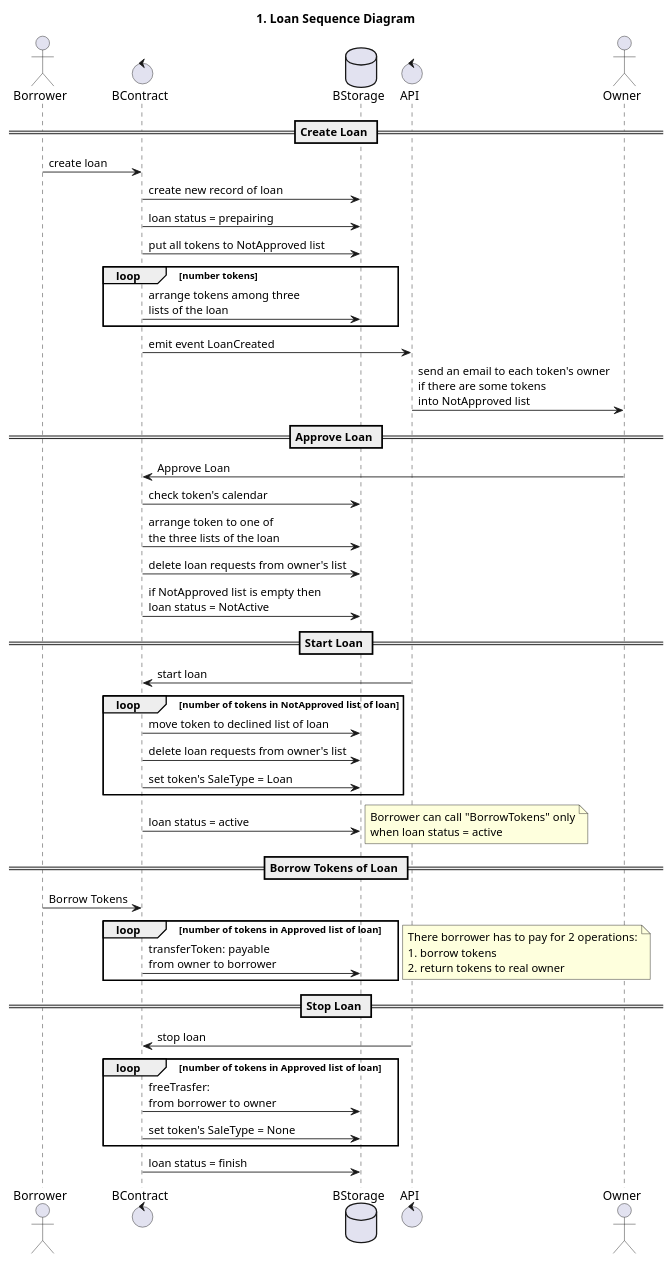
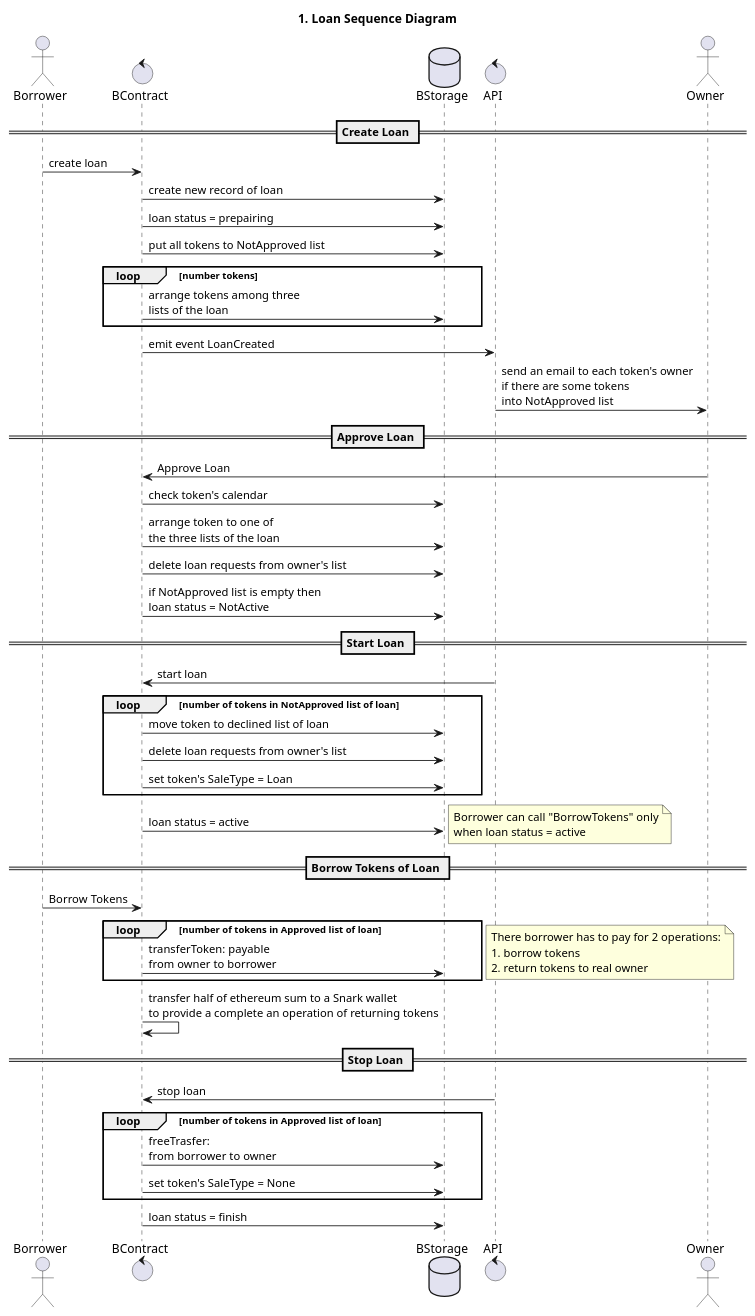
The diagram in diagrams/src/1. Sequence - Loan Creation.wsd (snarkdotart/snarkcontract), drawn with PlantUML before and after one commit.

Commit message:
Update UML diagrams

```diff
--- a/diagrams/src/1. Sequence - Loan Creation.wsd
+++ b/diagrams/src/1. Sequence - Loan Creation.wsd
@@ -1,69 +1,70 @@
 @startuml
 
 title 1. Loan Sequence Diagram
 
 actor Borrower
 control BContract
 database BStorage
 control API
 actor Owner
 
 == Create Loan ==
 
 Borrower -> BContract: create loan
 BContract -> BStorage: create new record of loan
 BContract -> BStorage: loan status = prepairing
 BContract -> BStorage: put all tokens to NotApproved list
 
 loop number tokens
   BContract -> BStorage: arrange tokens among three\nlists of the loan
 end
 
 BContract -> API: emit event LoanCreated
 API -> Owner: send an email to each token's owner\nif there are some tokens\ninto NotApproved list
 
 == Approve Loan ==
 
 Owner -> BContract: Approve Loan
 BContract -> BStorage: check token's calendar
 BContract -> BStorage: arrange token to one of\nthe three lists of the loan
 BContract -> BStorage: delete loan requests from owner's list
 BContract -> BStorage: if NotApproved list is empty then\nloan status = NotActive
 
 == Start Loan ==
 
 API -> BContract: start loan
 loop number of tokens in NotApproved list of loan
   BContract -> BStorage: move token to declined list of loan
   BContract -> BStorage: delete loan requests from owner's list
   BContract -> BStorage: set token's SaleType = Loan
 end
 BContract -> BStorage: loan status = active
 note right
   Borrower can call "BorrowTokens" only
   when loan status = active
 end note 
 
 
 == Borrow Tokens of Loan ==
 
 Borrower -> BContract: Borrow Tokens
 loop number of tokens in Approved list of loan
   BContract -> BStorage: transferToken: payable\nfrom owner to borrower 
 end
 note right
   There borrower has to pay for 2 operations:
   1. borrow tokens
   2. return tokens to real owner
 end note
+BContract -> BContract: transfer half of ethereum sum to a Snark wallet\nto provide a complete an operation of returning tokens
 
 == Stop Loan ==
 
 API -> BContract: stop loan
 loop number of tokens in Approved list of loan
   BContract -> BStorage: freeTrasfer: \nfrom borrower to owner
   BContract -> BStorage: set token's SaleType = None
 end
 BContract -> BStorage: loan status = finish
 
 @enduml
```
